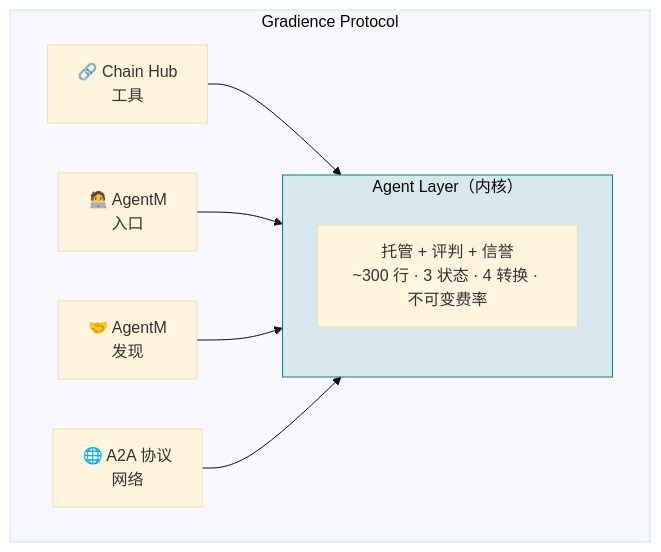
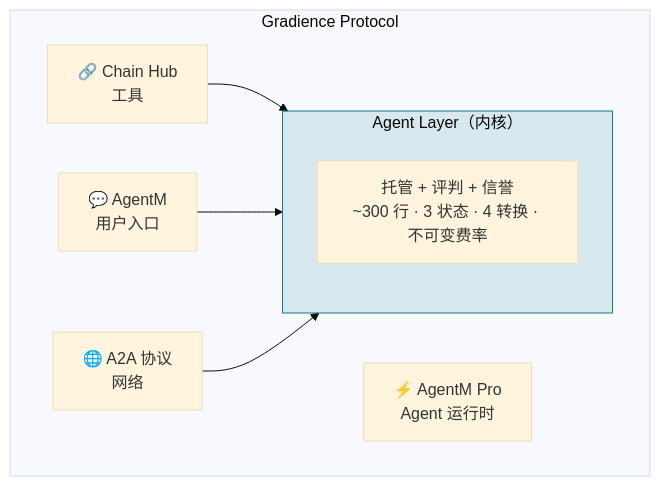
One commit to DaviRain-Su/gradience changed the second of 9 diagrams in protocol/README-zh.md. Above: the diagram before and after it, drawn with Mermaid (base theme). The commit also changed other lines of this file and 74 other files, not shown here.

````diff
--- a/protocol/README-zh.md
+++ b/protocol/README-zh.md
@@ -75,20 +78,19 @@
 ```mermaid
 flowchart TB
     subgraph Protocol["Gradience Protocol"]
         subgraph Kernel["Agent Layer（内核）"]
             K["托管 + 评判 + 信誉<br/>~300 行 · 3 状态 · 4 转换 · 不可变费率"]
         end
         
         CH["🔗 Chain Hub<br/>工具"]
-        AM["🧑‍💻 AgentM<br/>入口"]
-        AS["🤝 AgentM<br/>发现"]
+        AIM["💬 AgentM<br/>用户入口"]
+        DD["⚡ AgentM Pro<br/>Agent 运行时"]
         A2A["🌐 A2A 协议<br/>网络"]
         
         CH --> Kernel
-        AM --> Kernel
-        AS --> Kernel
+        AIM --> Kernel
         A2A --> Kernel
     end
     
     style Kernel fill:#0f7b8a22,stroke:#0f7b8a
 ```
````
